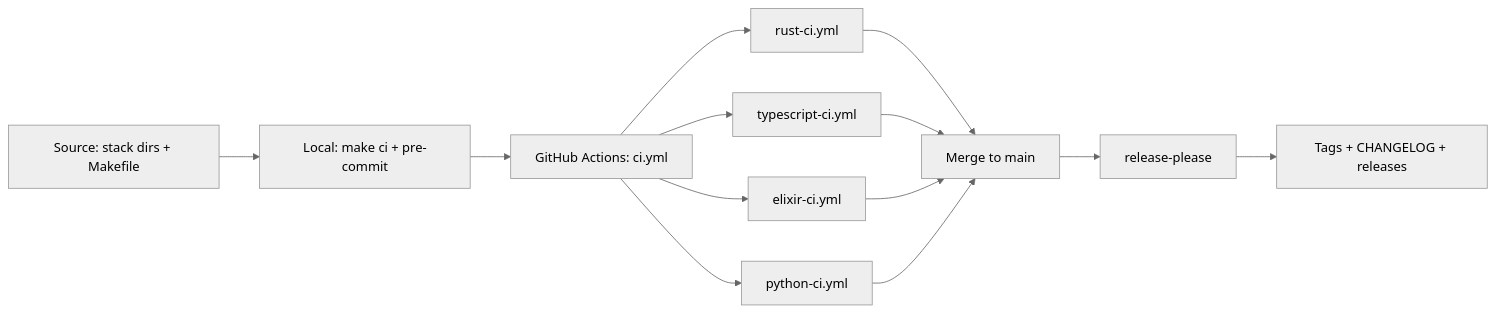
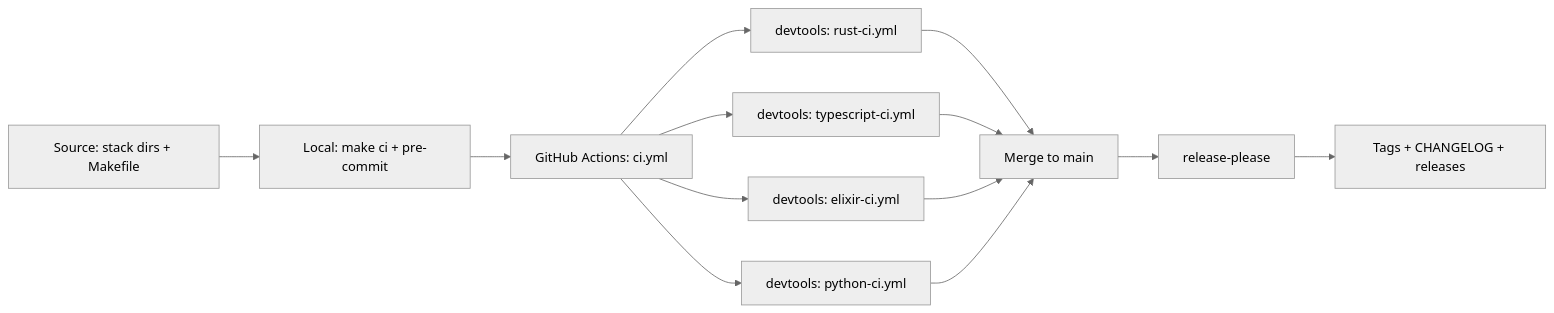
The diagram in docs/architecture/ARCHITECTURE.md (ostara-labs/repo-template), drawn with Mermaid (neutral theme) before and after one commit. The commit also changed 10 other files, not shown here.

````diff
--- a/docs/architecture/ARCHITECTURE.md
+++ b/docs/architecture/ARCHITECTURE.md
@@ -29,15 +29,15 @@
 ```mermaid
 flowchart LR
     A[Source: stack dirs + Makefile] --> B[Local: make ci + pre-commit]
     B --> C[GitHub Actions: ci.yml]
-    C --> D[rust-ci.yml]
-    C --> E[typescript-ci.yml]
-    C --> F[elixir-ci.yml]
-    C --> G[python-ci.yml]
+    C --> D[devtools: rust-ci.yml]
+    C --> E[devtools: typescript-ci.yml]
+    C --> F[devtools: elixir-ci.yml]
+    C --> G[devtools: python-ci.yml]
     D --> H[Merge to main]
     E --> H
     F --> H
     G --> H
     H --> I[release-please]
     I --> J[Tags + CHANGELOG + releases]
 ```
````
